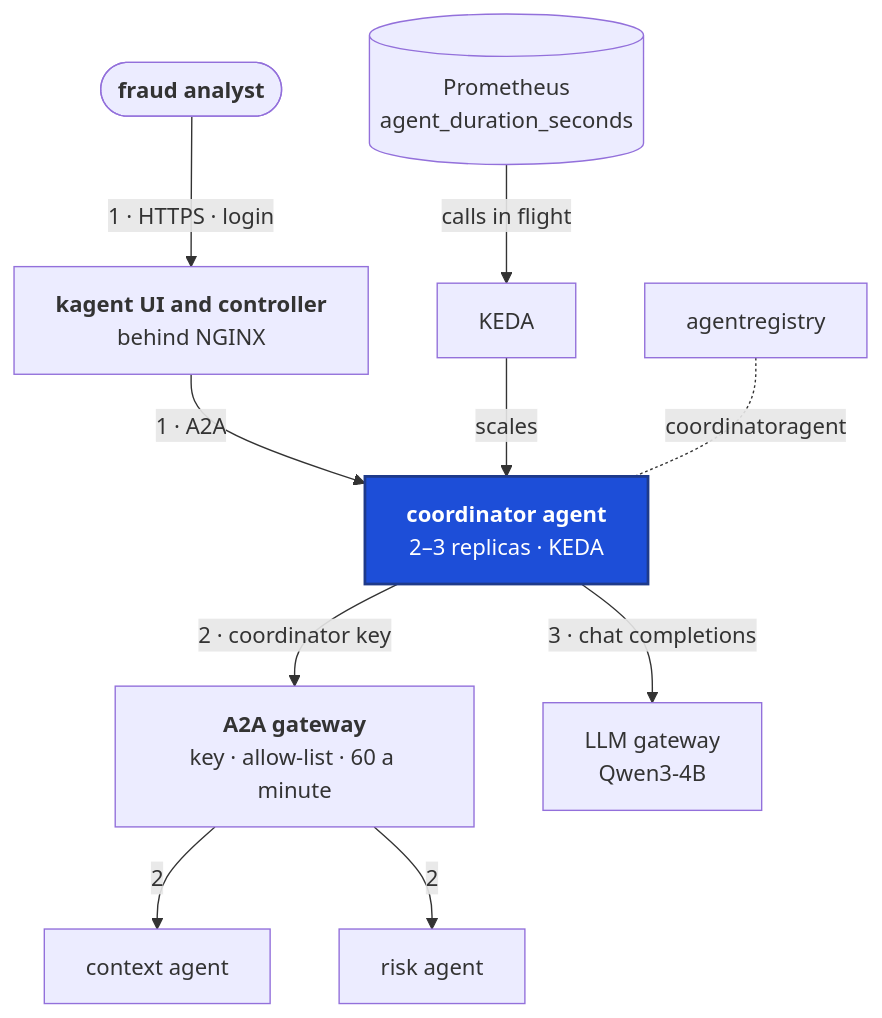
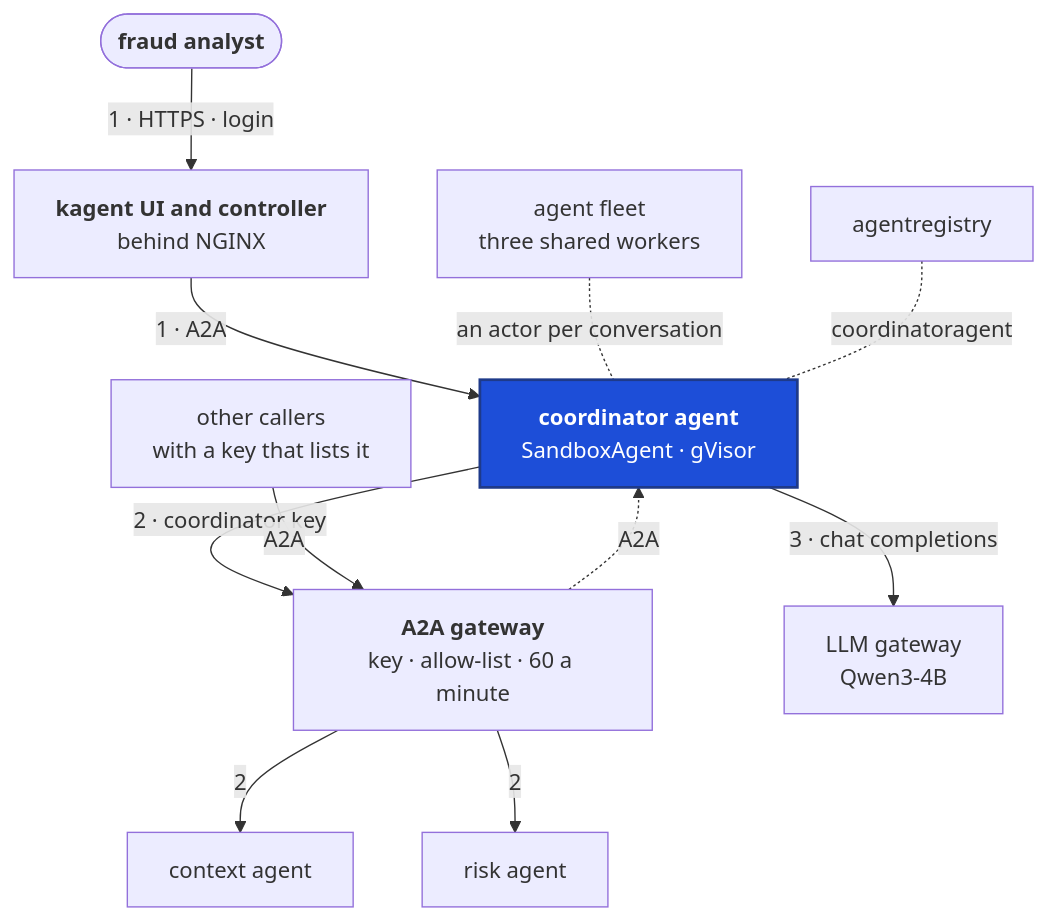
Before and after one commit to hiendat04/fraudstream: the diagram in docs/edai-2/12_coordinator_agent.md, drawn with Mermaid. The commit also changed other lines of this file and 11 other files, not shown here.

First line of the commit message:
docs(agents): the coordinator on Agent Substrate, behind the A2A gateway

````diff
--- a/docs/edai-2/12_coordinator_agent.md
+++ b/docs/edai-2/12_coordinator_agent.md
@@ -9,14 +11,16 @@
 ```mermaid
 flowchart TB
     AN(["<b>fraud analyst</b>"]) -- "1 · HTTPS · login" --> UI["<b>kagent UI and controller</b><br/>behind NGINX"]
-    UI -- "1 · A2A" --> CO["<b>coordinator agent</b><br/>2–3 replicas · KEDA"]
+    UI -- "1 · A2A" --> CO["<b>coordinator agent</b><br/>SandboxAgent · gVisor"]
     CO -- "2 · coordinator key" --> GW["<b>A2A gateway</b><br/>key · allow-list · 60 a minute"]
     GW -- "2" --> CX["context agent"]
     GW -- "2" --> RK["risk agent"]
+    GW -. "A2A" .-> CO
+    CK["other callers<br/>with a key that lists it"] -- "A2A" --> GW
     CO -- "3 · chat completions" --> LG["LLM gateway<br/>Qwen3-4B"]
-    PR[("Prometheus<br/>agent_duration_seconds")] -- "calls in flight" --> KD["KEDA"] -- "scales" --> CO
+    WP["agent fleet<br/>three shared workers"] -. "an actor per conversation" .- CO
     AR["agentregistry"] -. "coordinatoragent" .- CO
 
     classDef key fill:#1d4ed8,stroke:#1e3a8a,stroke-width:2px,color:#ffffff
     class CO key
 ```
````
